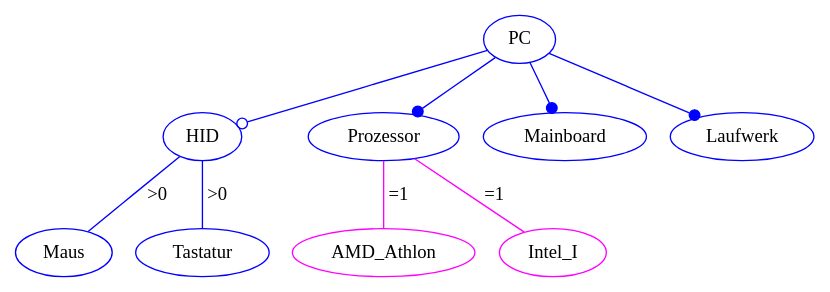
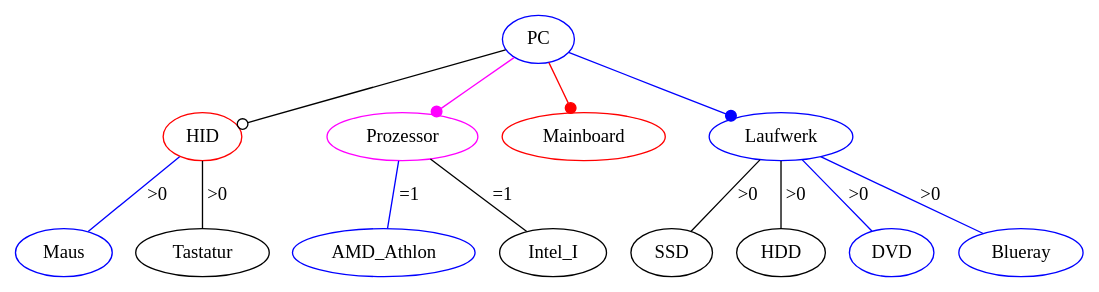
The diagram in feature_model.gv (johanneshein/feature-toolset), drawn with Graphviz before and after one commit. The commit also changed 7 other files, not shown here.

```diff
--- a/feature_model.gv
+++ b/feature_model.gv
@@ -1,19 +1,23 @@
 digraph G {
 PC [color = "#0000FF"];
-PC -> HID [ arrowhead = "odot"  color = "#0000FF" ];
-HID [color = "#0000FF"];
+PC -> HID [ arrowhead = "odot"   ];
+HID [color = "#FF0000"];
 HID -> Maus [ arrowhead = "none" label = ">0" color = "#0000FF" ];
 Maus [color = "#0000FF"];
-HID -> Tastatur [ arrowhead = "none" label = ">0" color = "#0000FF" ];
-Tastatur [color = "#0000FF"];
-PC -> Prozessor [ arrowhead = "dot"  color = "#0000FF" ];
-Prozessor [color = "#0000FF"];
-Prozessor -> AMD_Athlon [ arrowhead = "none" label = "=1" color = "#FF00FF" ];
-AMD_Athlon [color = "#FF00FF"];
-Prozessor -> Intel_I [ arrowhead = "none" label = "=1" color = "#FF00FF" ];
-Intel_I [color = "#FF00FF"];
-PC -> Mainboard [ arrowhead = "dot"  color = "#0000FF" ];
-Mainboard [color = "#0000FF"];
+HID -> Tastatur [ arrowhead = "none" label = ">0"  ];
+PC -> Prozessor [ arrowhead = "dot"  color = "#FF00FF" ];
+Prozessor [color = "#FF00FF"];
+Prozessor -> AMD_Athlon [ arrowhead = "none" label = "=1" color = "#0000FF" ];
+AMD_Athlon [color = "#0000FF"];
+Prozessor -> Intel_I [ arrowhead = "none" label = "=1"  ];
+PC -> Mainboard [ arrowhead = "dot"  color = "#FF0000" ];
+Mainboard [color = "#FF0000"];
 PC -> Laufwerk [ arrowhead = "dot"  color = "#0000FF" ];
 Laufwerk [color = "#0000FF"];
+Laufwerk -> SSD [ arrowhead = "none" label = ">0"  ];
+Laufwerk -> HDD [ arrowhead = "none" label = ">0"  ];
+Laufwerk -> DVD [ arrowhead = "none" label = ">0" color = "#0000FF" ];
+DVD [color = "#0000FF"];
+Laufwerk -> Blueray [ arrowhead = "none" label = ">0" color = "#0000FF" ];
+Blueray [color = "#0000FF"];
 }
```
